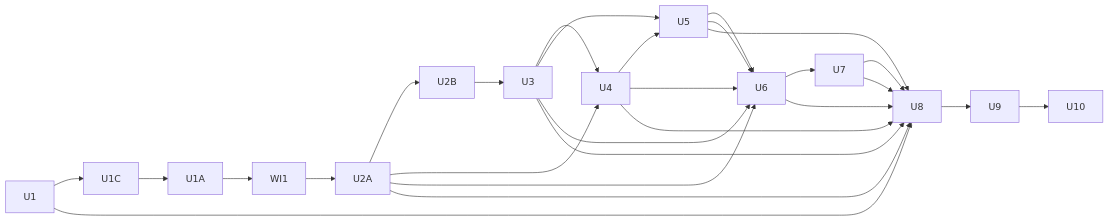
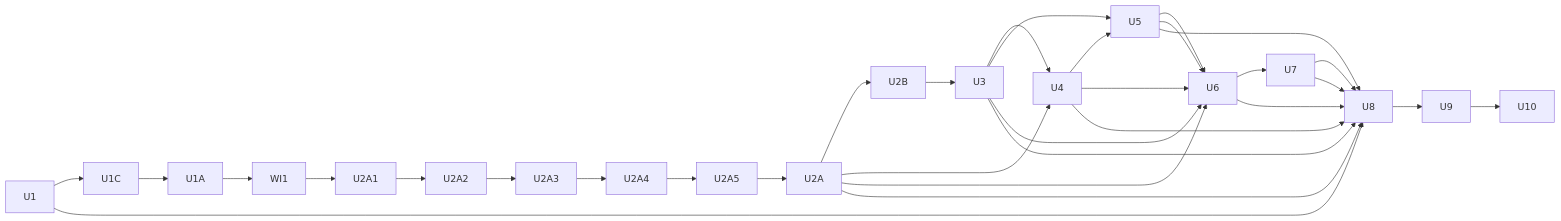
The diagram in docs/plans/issues/README.md (BrandonJF/mandem), drawn with Mermaid before and after one commit. The commit also changed other lines of this file and 9 other files, not shown here.

````diff
--- a/docs/plans/issues/README.md
+++ b/docs/plans/issues/README.md
@@ -39,17 +39,17 @@
 ```mermaid
 flowchart LR
-  U1 --> U1C --> U1A --> WI1 --> U2A --> U2B --> U3 --> U4 --> U5 --> U6 --> U7 --> U8 --> U9 --> U10
+  U1 --> U1C --> U1A --> WI1 --> U2A1 --> U2A2 --> U2A3 --> U2A4 --> U2A5 --> U2A --> U2B --> U3 --> U4 --> U5 --> U6 --> U7 --> U8 --> U9 --> U10
   U2A --> U4
   U3 --> U5
   U2A --> U6
   U3 --> U6
   U4 --> U6
   U5 --> U6
   U1 --> U8
   U2A --> U8
   U3 --> U8
   U4 --> U8
   U5 --> U8
   U6 --> U8
   U7 --> U8
 ```
````
